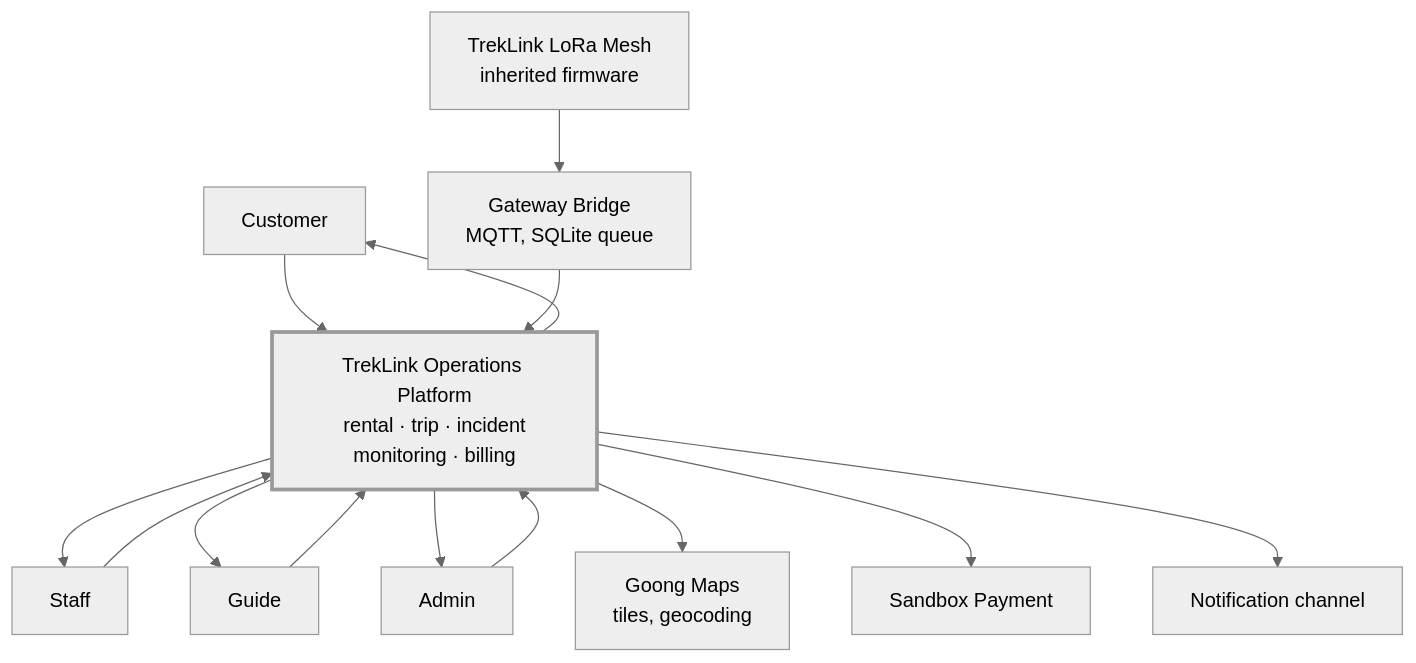
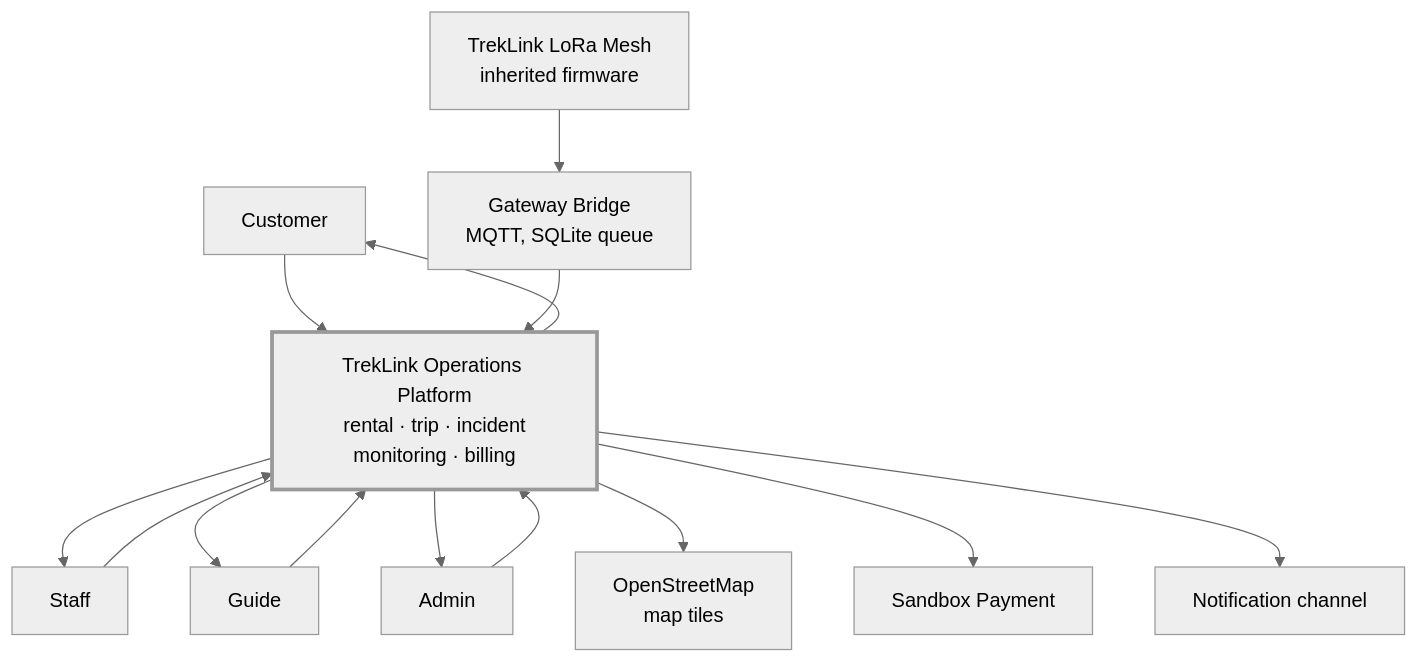
One commit to TrekLink-Team/treklink-docs changed the first of 7 diagrams in _docs/00-project-context/06-requirements-foundation.md. Above: the diagram before and after it, drawn with Mermaid (neutral theme). The commit also changed other lines of this file and 13 other files, not shown here.

First line of the commit message:
docs: record D-031, the map reverts to Leaflet over OpenStreetMap

````diff
--- a/_docs/00-project-context/06-requirements-foundation.md
+++ b/_docs/00-project-context/06-requirements-foundation.md
@@ -22,18 +22,18 @@
 ```mermaid
 flowchart TB
     A1[Customer] --> SYS
     A2[Staff] --> SYS
     A3[Guide] --> SYS
     A4[Admin] --> SYS
     SYS --> A1
     SYS --> A2
     SYS --> A3
     SYS --> A4
     SYS["TrekLink Operations Platform<br/>rental · trip · incident<br/>monitoring · billing"]
     E1[TrekLink LoRa Mesh<br/>inherited firmware] --> E2[Gateway Bridge<br/>MQTT, SQLite queue]
     E2 --> SYS
-    SYS --> E3[Goong Maps<br/>tiles, geocoding]
+    SYS --> E3[OpenStreetMap<br/>map tiles]
     SYS --> E4[Sandbox Payment]
     SYS --> E5[Notification channel]
     style SYS stroke-width:3px
 ```
````
